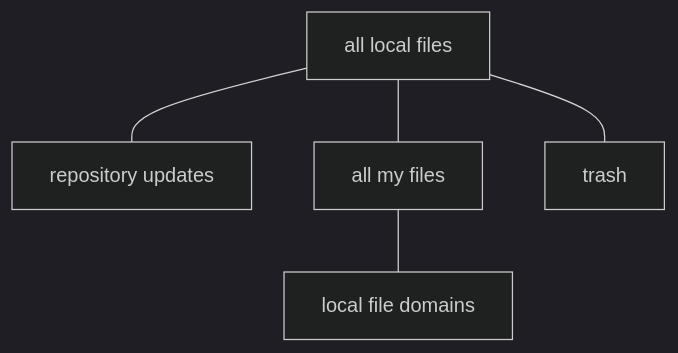
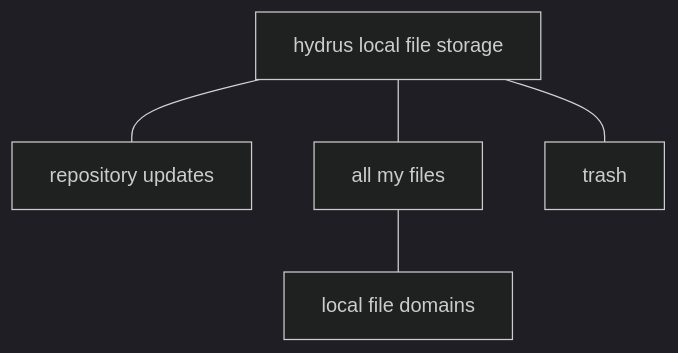
Before and after one commit to hydrusnetwork/hydrus: the first of 4 diagrams in docs/advanced_multiple_local_file_services.md, drawn with Mermaid (dark theme). The commit also changed other lines of this file and 144 other files, not shown here.

````diff
--- a/docs/advanced_multiple_local_file_services.md
+++ b/docs/advanced_multiple_local_file_services.md
@@ -96,7 +96,7 @@
 ```mermaid
 graph TB
-  A[all local files] --- B[repository updates]
+  A[hydrus local file storage] --- B[repository updates]
   A --- C[all my files]
   C --- D[local file domains]
   A --- E[trash]
 ```
````
